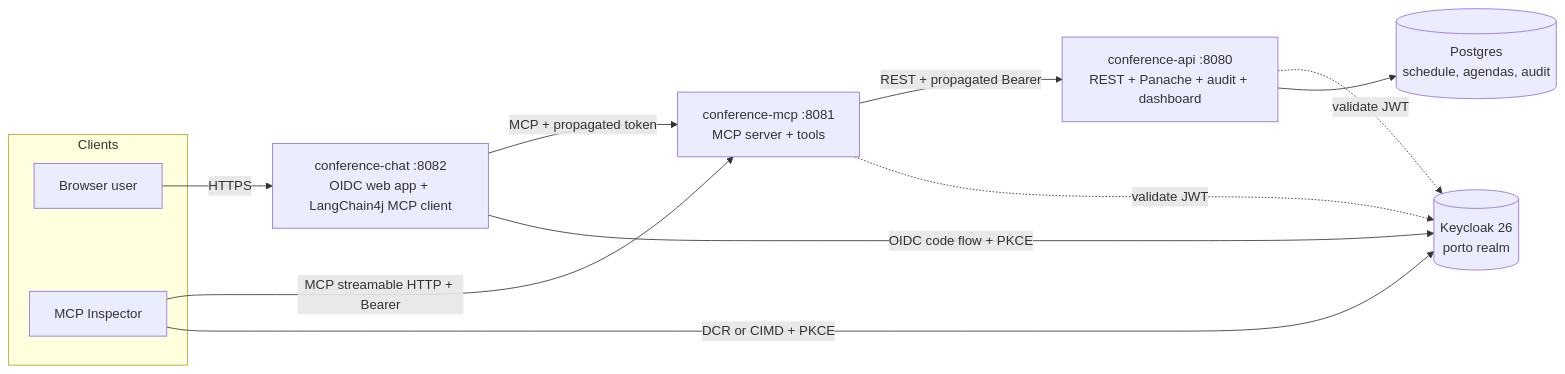
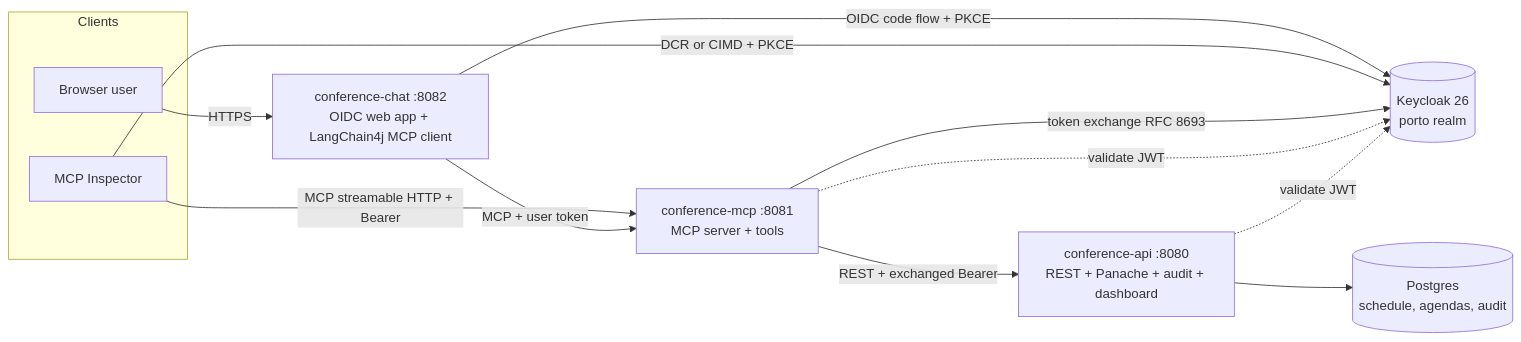
Before and after one commit to wjglerum/quarkus-mcp-porto-tech-hub-2026: the first of 2 diagrams in README.md, drawn with Mermaid. The commit also changed other lines of this file and 17 other files, not shown here.

````diff
--- a/README.md
+++ b/README.md
@@ -26,23 +26,24 @@
 ```mermaid
 graph LR
   subgraph clients[Clients]
     USR[Browser user]
     INS[MCP Inspector]
   end
 
   CHAT["conference-chat :8082<br/>OIDC web app + LangChain4j MCP client"]
   MCP["conference-mcp :8081<br/>MCP server + tools"]
   API["conference-api :8080<br/>REST + Panache + audit + dashboard"]
   KC[("Keycloak 26<br/>porto realm")]
   DB[("Postgres<br/>schedule, agendas, audit")]
 
   USR -->|HTTPS| CHAT
   INS -->|MCP streamable HTTP + Bearer| MCP
-  CHAT -->|MCP + propagated token| MCP
+  CHAT -->|MCP + user token| MCP
   CHAT -->|OIDC code flow + PKCE| KC
   INS -->|DCR or CIMD + PKCE| KC
-  MCP -->|REST + propagated Bearer| API
+  MCP -->|token exchange RFC 8693| KC
+  MCP -->|REST + exchanged Bearer| API
   MCP -.->|validate JWT| KC
   API -.->|validate JWT| KC
   API --> DB
 ```
````
